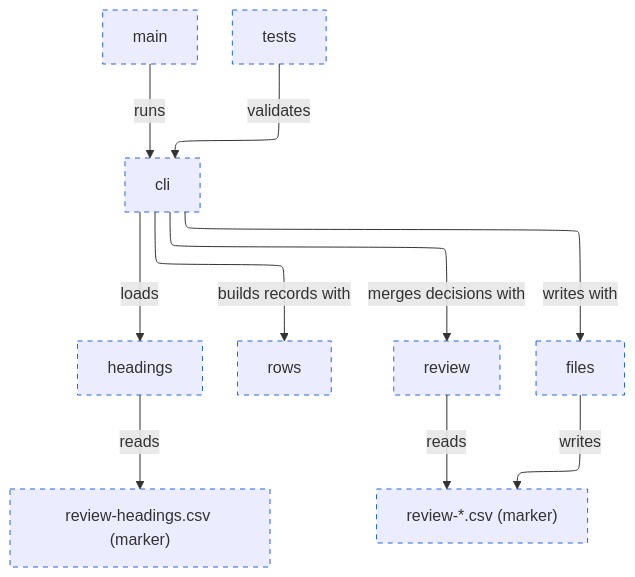
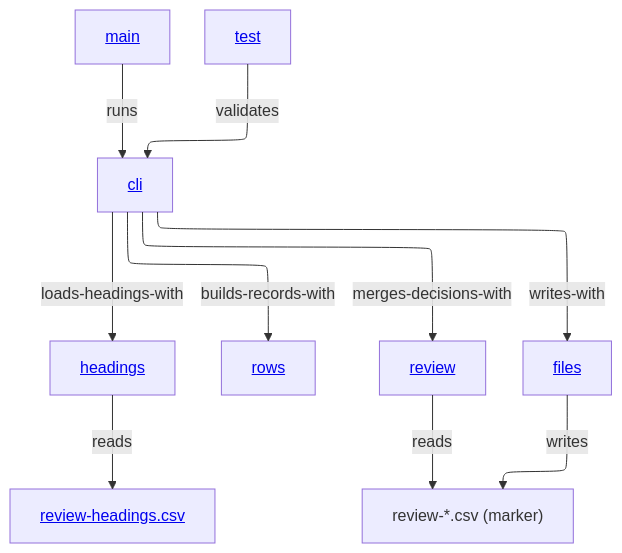
One commit to vrparthasarathy/migration-job-discovery changed the diagram in tracker-tools/review-csv-exporter/README.md. Above: the diagram before and after it, drawn with Mermaid. The commit also changed other lines of this file and 24 other files, not shown here.

Commit message:
Build Discovery Orchestrator and Review CSV Exporter.

````diff
--- a/tracker-tools/review-csv-exporter/README.md
+++ b/tracker-tools/review-csv-exporter/README.md
@@ -65,18 +35,17 @@
 ```mermaid
 ---
 config:
   layout: elk
 ---
 %%{init: {"securityLevel": "loose"}}%%
 flowchart TB
-  main["main"]:::planned -->|"runs"| cli["cli"]:::planned
-  cli -->|"loads"| headings["headings"]:::planned
-  cli -->|"builds records with"| rows["rows"]:::planned
-  cli -->|"merges decisions with"| review["review"]:::planned
-  cli -->|"writes with"| files["files"]:::planned
-  headings -->|"reads"| hdata["review-headings.csv (marker)"]:::planned
-  review -->|"reads"| out["review-*.csv (marker)"]:::planned
-  files -->|"writes"| out
-  tests["tests"]:::planned -->|"validates"| cli
-  classDef planned stroke-dasharray: 5 5,stroke:#2563eb
+  main["<a href='src/main.ts'>main</a>"] -->|runs| cli["<a href='src/cli.ts'>cli</a>"]
+  cli -->|loads-headings-with| headings["<a href='src/headings.ts'>headings</a>"]
+  cli -->|builds-records-with| rows["<a href='src/rows.ts'>rows</a>"]
+  cli -->|merges-decisions-with| review["<a href='src/review.ts'>review</a>"]
+  cli -->|writes-with| files["<a href='src/files.ts'>files</a>"]
+  headings -->|reads| hdata["<a href='data/review-headings.csv'>review-headings.csv</a>"]
+  review -->|reads| out["review-*.csv (marker)"]
+  files -->|writes| out
+  tests["<a href='test/export.test.ts'>test</a>"] -->|validates| cli
 ```
````
